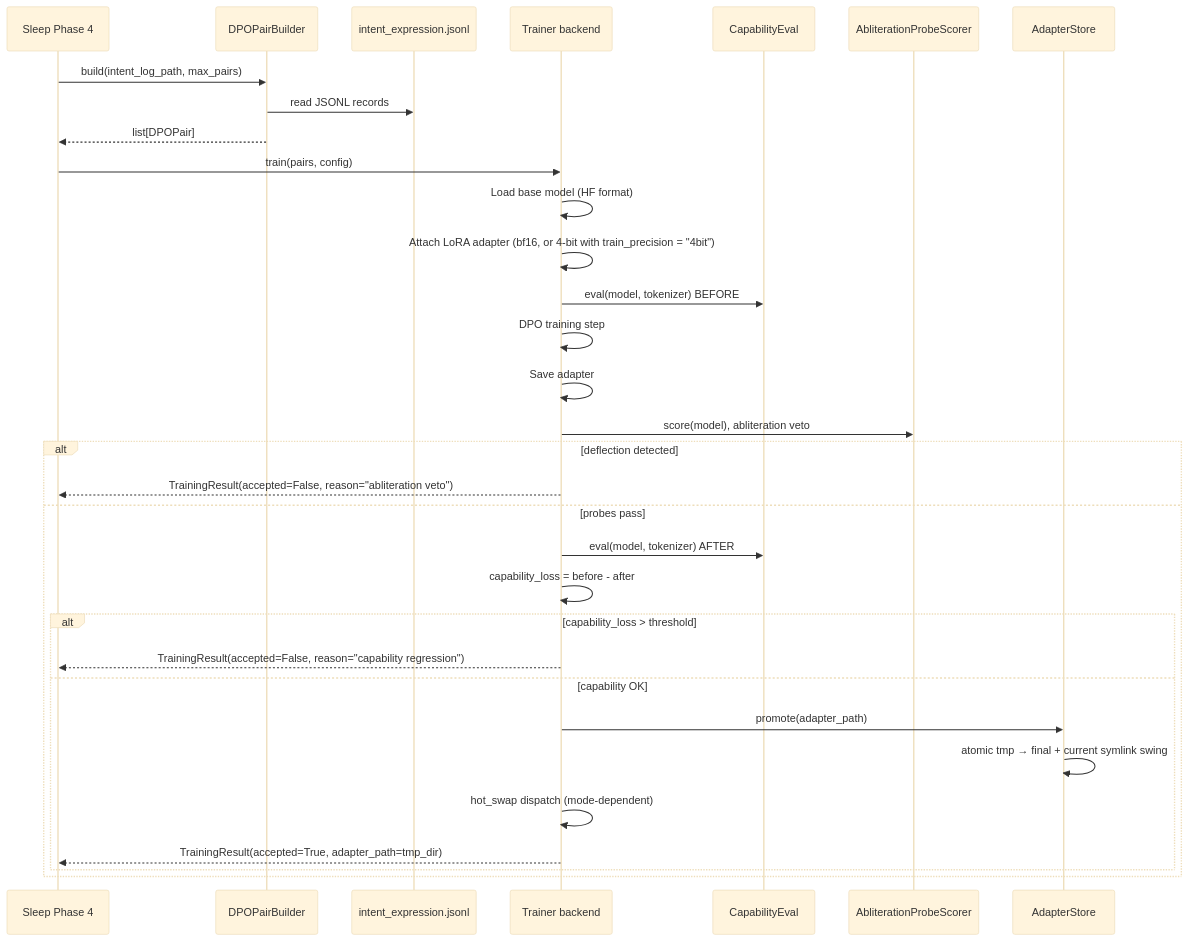
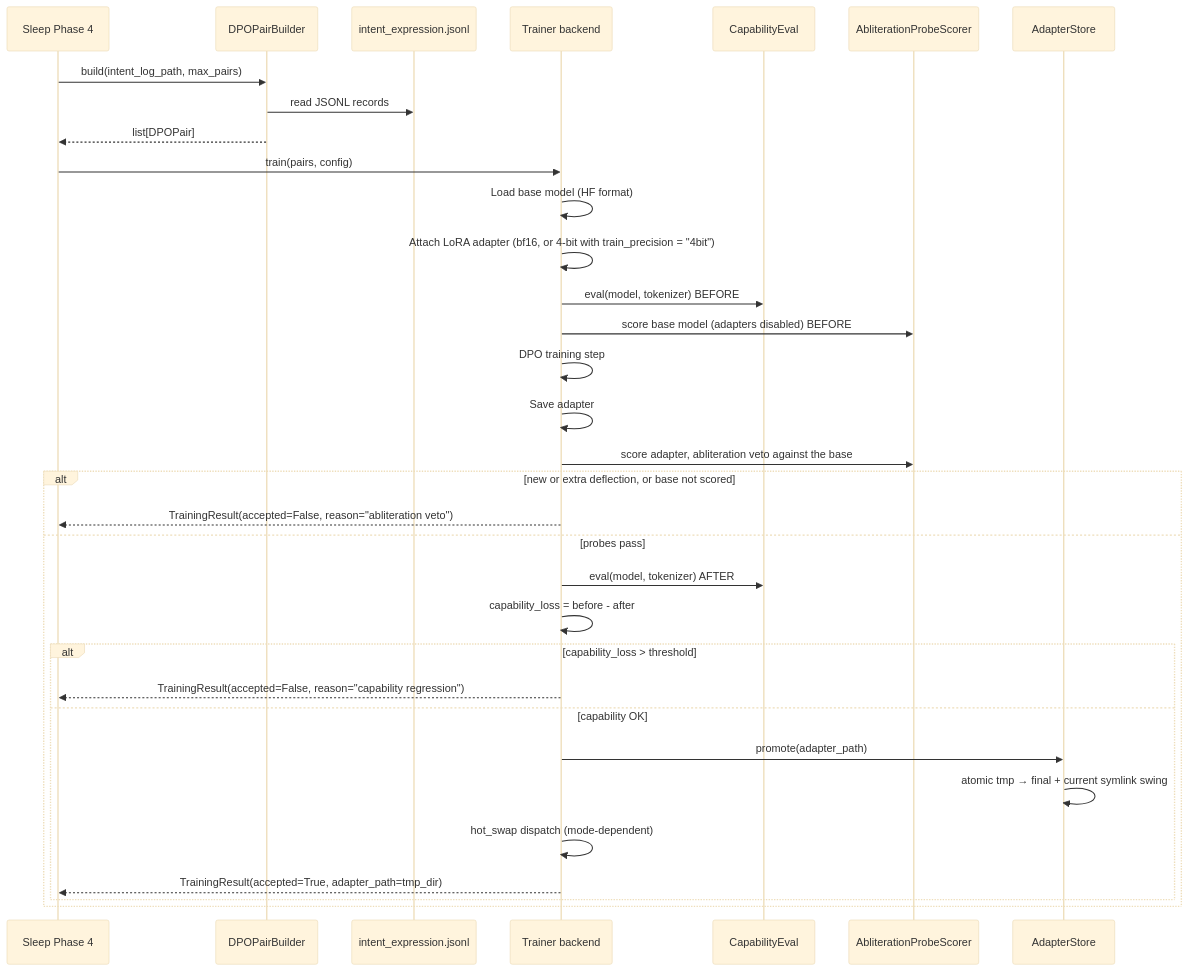
One commit to kaineone/kaine changed the second of 2 diagrams in docs/10-sleep/voice-alignment.md. Above: the diagram before and after it, drawn with Mermaid (base theme). The commit also changed other lines of this file and 25 other files, not shown here.

First line of the commit message:
voice-alignment trainer: the abliteration veto is judged against the base

````diff
--- a/docs/10-sleep/voice-alignment.md
+++ b/docs/10-sleep/voice-alignment.md
@@ -54,36 +54,37 @@
 ```mermaid
 sequenceDiagram
     participant Sleep as Sleep Phase 4
     participant Builder as DPOPairBuilder
     participant Log as intent_expression.jsonl
     participant Trainer as Trainer backend
     participant CapEval as CapabilityEval
     participant AblEval as AbliterationProbeScorer
     participant Store as AdapterStore
 
     Sleep->>Builder: build(intent_log_path, max_pairs)
     Builder->>Log: read JSONL records
     Builder-->>Sleep: list[DPOPair]
 
     Sleep->>Trainer: train(pairs, config)
     Trainer->>Trainer: Load base model (HF format)
     Trainer->>Trainer: Attach LoRA adapter (bf16, or 4-bit with train_precision = "4bit")
     Trainer->>CapEval: eval(model, tokenizer) BEFORE
+    Trainer->>AblEval: score base model (adapters disabled) BEFORE
     Trainer->>Trainer: DPO training step
     Trainer->>Trainer: Save adapter
-    Trainer->>AblEval: score(model), abliteration veto
-    alt deflection detected
+    Trainer->>AblEval: score adapter, abliteration veto against the base
+    alt new or extra deflection, or base not scored
         Trainer-->>Sleep: TrainingResult(accepted=False, reason="abliteration veto")
     else probes pass
         Trainer->>CapEval: eval(model, tokenizer) AFTER
         Trainer->>Trainer: capability_loss = before - after
         alt capability_loss > threshold
             Trainer-->>Sleep: TrainingResult(accepted=False, reason="capability regression")
         else capability OK
             Trainer->>Store: promote(adapter_path)
             Store->>Store: atomic tmp → final + current symlink swing
             Trainer->>Trainer: hot_swap dispatch (mode-dependent)
             Trainer-->>Sleep: TrainingResult(accepted=True, adapter_path=tmp_dir)
         end
     end
 ```
````
